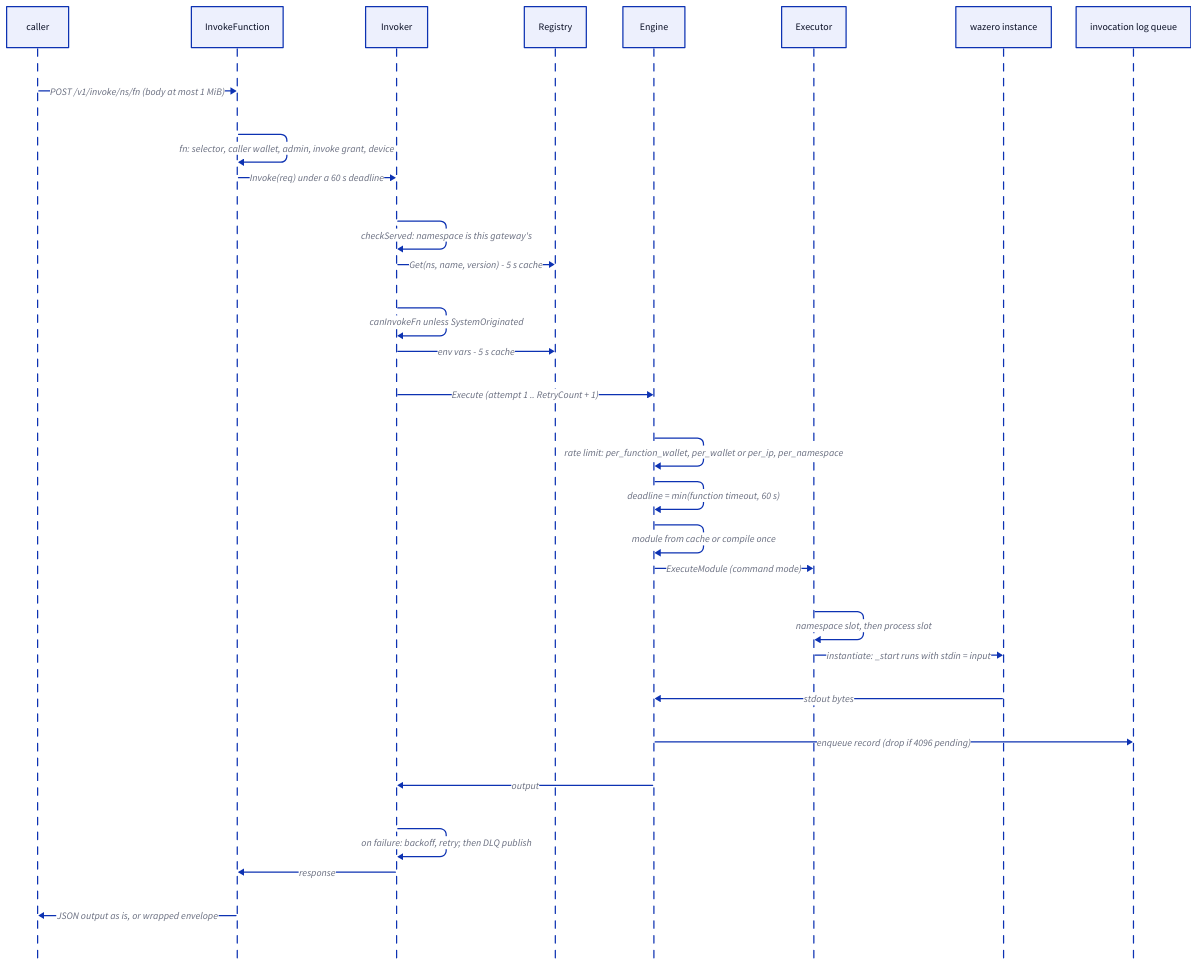
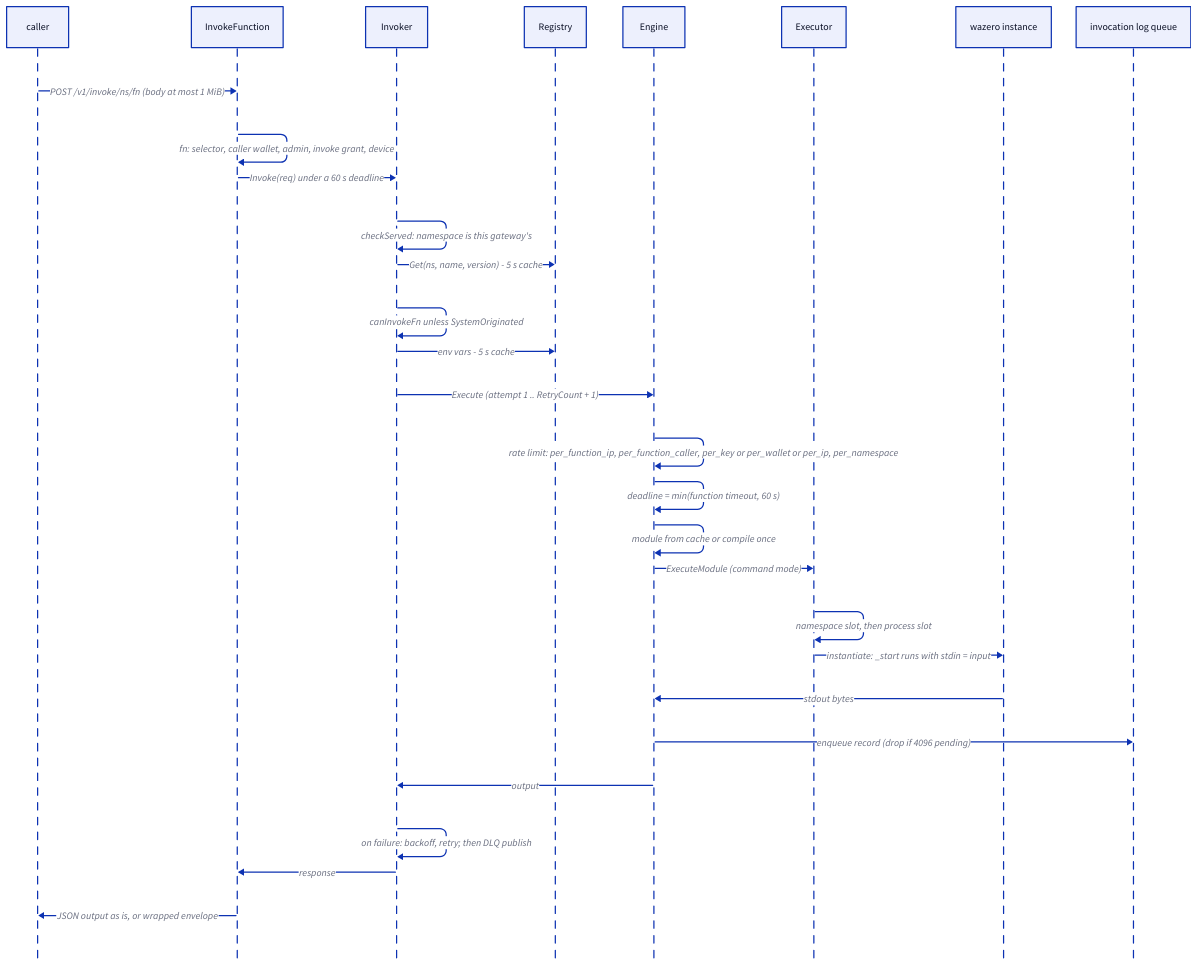
Before and after one commit to DeBrosOfficial/network: the diagram in docs/whitepaper/technical-reference/diagrams/ch21-invoke.d2, drawn with D2. The commit also changed 51 other files, not shown here.

```diff
--- a/docs/whitepaper/technical-reference/diagrams/ch21-invoke.d2
+++ b/docs/whitepaper/technical-reference/diagrams/ch21-invoke.d2
@@ -1,31 +1,31 @@
 shape: sequence_diagram
 
 c: "caller"
 h: "InvokeFunction"
 iv: "Invoker"
 rg: "Registry"
 en: "Engine"
 ex: "Executor"
 w: "wazero instance"
 q: "invocation log queue"
 
 c -> h: "POST /v1/invoke/ns/fn (body at most 1 MiB)"
 h -> h: "fn: selector, caller wallet, admin, invoke grant, device"
 h -> iv: "Invoke(req) under a 60 s deadline"
 iv -> iv: "checkServed: namespace is this gateway's"
 iv -> rg: "Get(ns, name, version) - 5 s cache"
 iv -> iv: "canInvokeFn unless SystemOriginated"
 iv -> rg: "env vars - 5 s cache"
 iv -> en: "Execute (attempt 1 .. RetryCount + 1)"
-en -> en: "rate limit: per_function_wallet, per_wallet or per_ip, per_namespace"
+en -> en: "rate limit: per_function_ip, per_function_caller, per_key or per_wallet or per_ip, per_namespace"
 en -> en: "deadline = min(function timeout, 60 s)"
 en -> en: "module from cache or compile once"
 en -> ex: "ExecuteModule (command mode)"
 ex -> ex: "namespace slot, then process slot"
 ex -> w: "instantiate: _start runs with stdin = input"
 w -> en: "stdout bytes"
 en -> q: "enqueue record (drop if 4096 pending)"
 en -> iv: "output"
 iv -> iv: "on failure: backoff, retry; then DLQ publish"
 iv -> h: "response"
 h -> c: "JSON output as is, or wrapped envelope"
```
